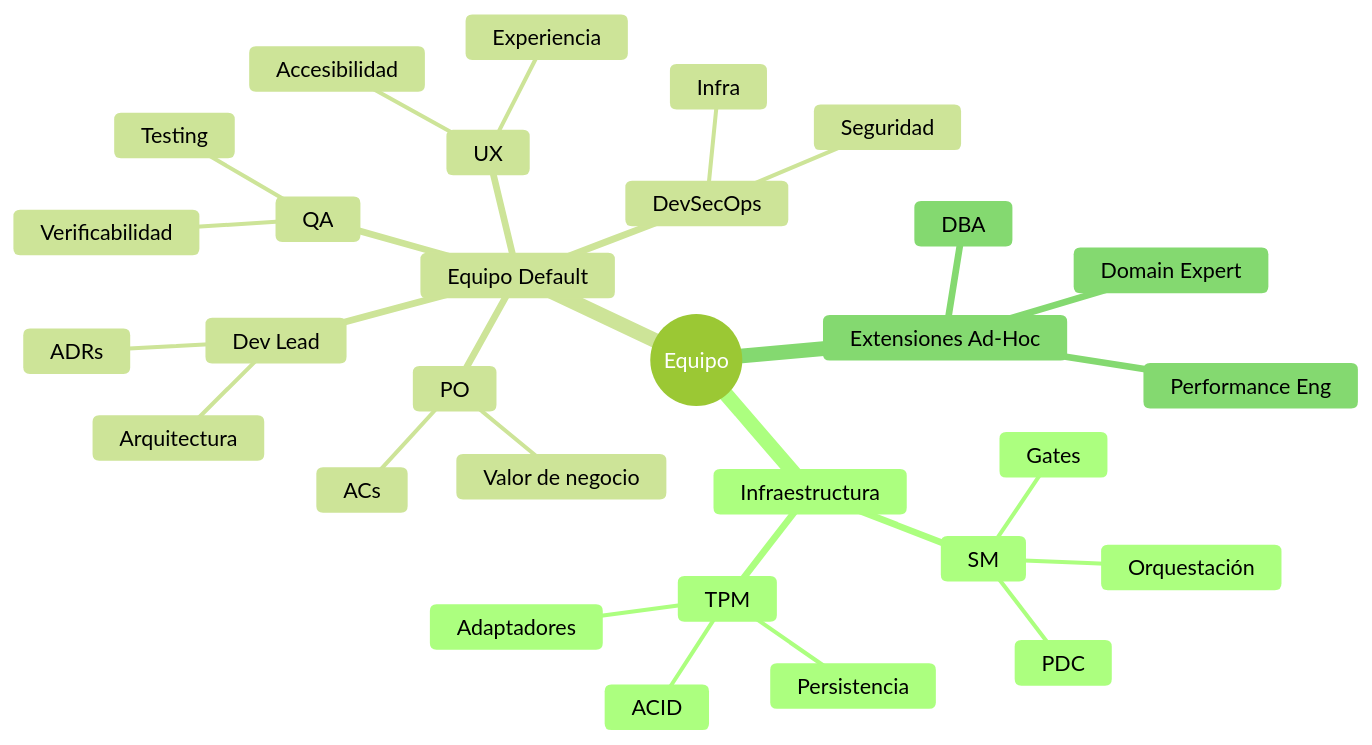
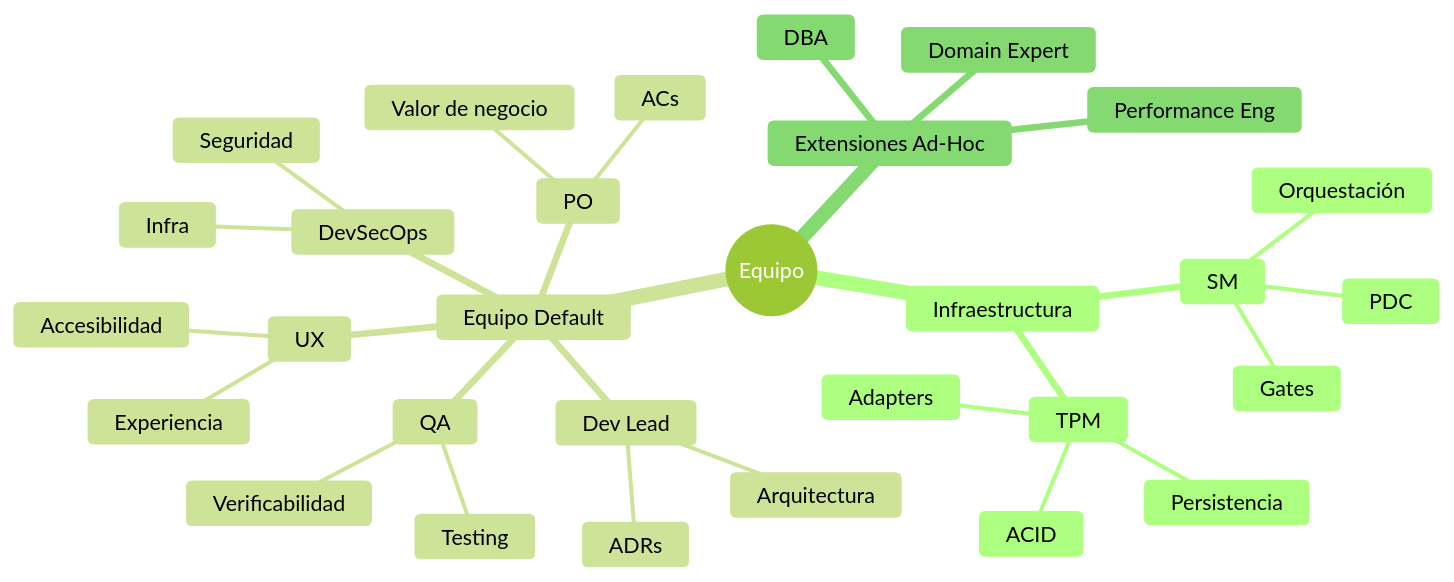
Before and after one commit to virgenherrera/idea-to-mvp: the second of 3 diagrams in docs/planning/roles/README.md, drawn with Mermaid (forest theme). The commit also changed other lines of this file and 30 other files, not shown here.

````diff
--- a/docs/planning/roles/README.md
+++ b/docs/planning/roles/README.md
@@ -111,33 +121,33 @@
 ```mermaid
 mindmap
   root((Equipo))
     Infraestructura
       SM
         Orquestación
         Gates
         PDC
       TPM
         Persistencia
         ACID
-        Adaptadores
+        Adapters
     Equipo Default
       PO
         Valor de negocio
         ACs
       Dev Lead
         Arquitectura
         ADRs
       QA
         Verificabilidad
         Testing
       DevSecOps
         Seguridad
         Infra
       UX
         Experiencia
         Accesibilidad
     Extensiones Ad-Hoc
       DBA
       Performance Eng
       Domain Expert
 ```
````
